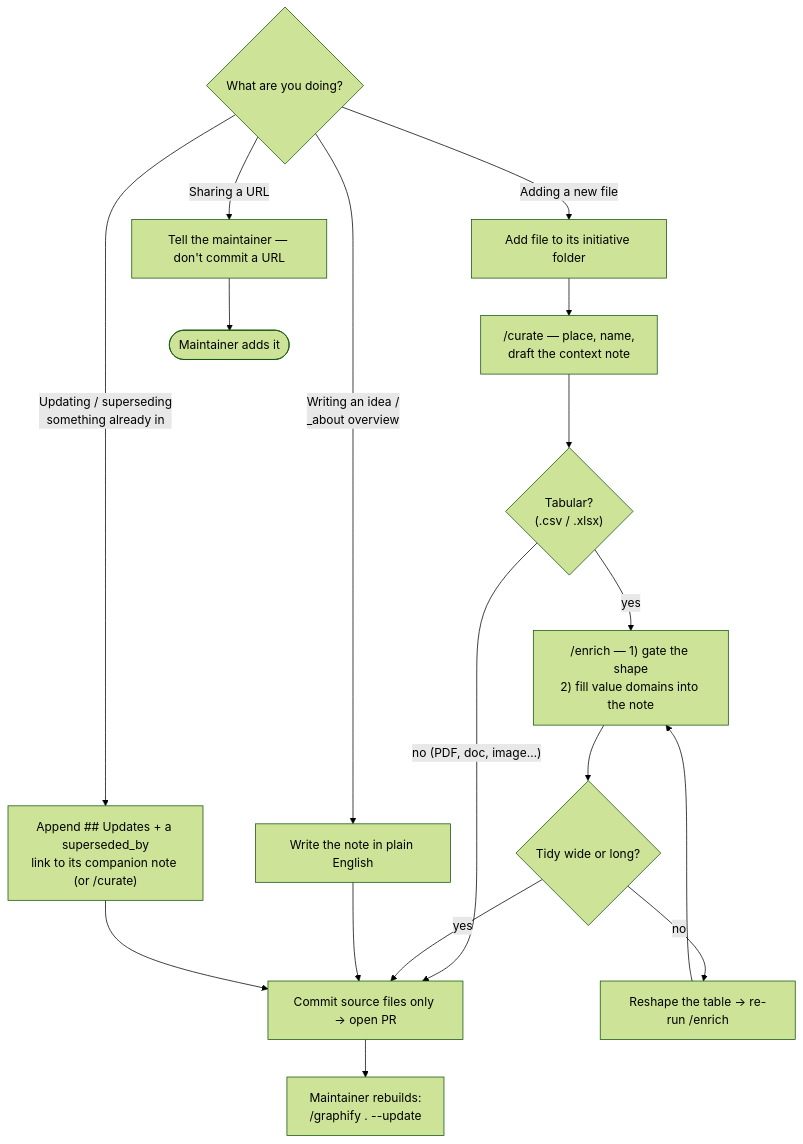
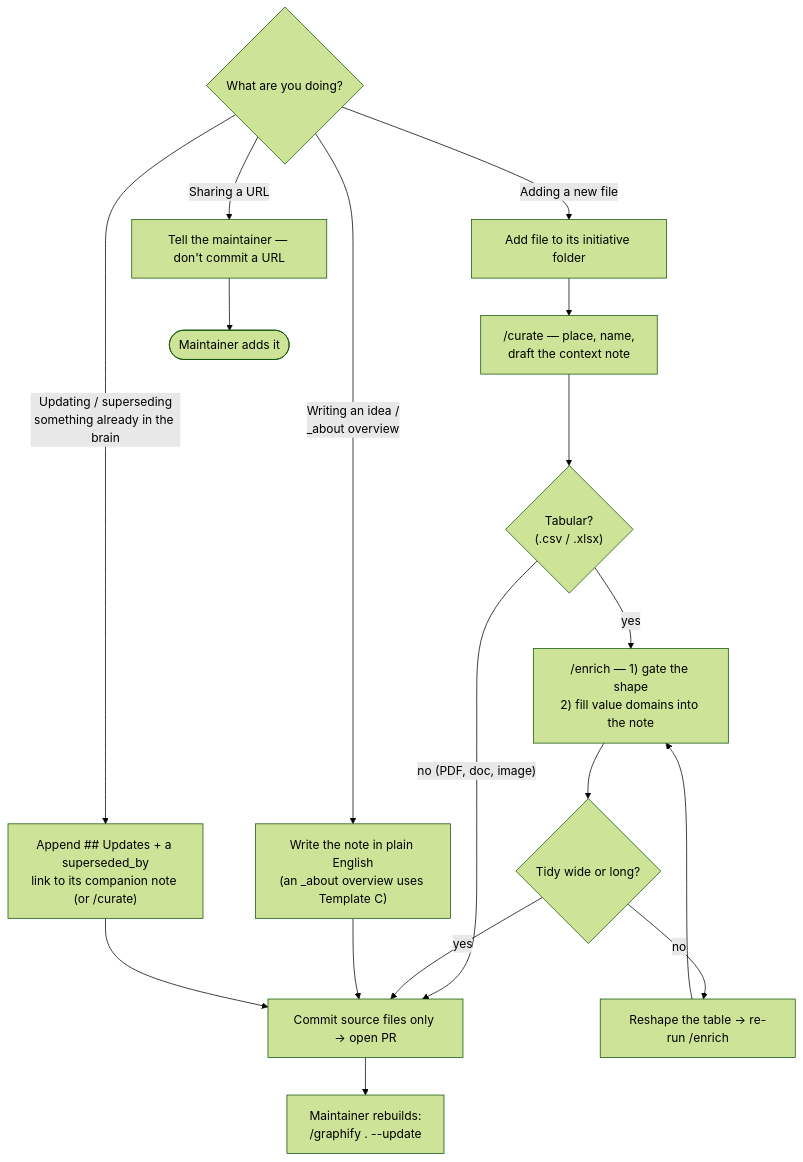
Before and after one commit to WorldFishCenter/WDB: the diagram in README.md, drawn with Mermaid (forest theme). The commit also changed other lines of this file and 18 other files, not shown here.

````diff
--- a/README.md
+++ b/README.md
@@ -49,21 +49,21 @@
 ```mermaid
 flowchart TD
   S{"What are you doing?"}
   S -- "Adding a new file" --> A[Add file to its initiative folder]
-  S -- "Writing an idea /<br/>_about overview" --> N[Write the note in plain English]
+  S -- "Writing an idea /<br/>_about overview" --> N["Write the note in plain English<br/>(an _about overview uses Template C)"]
   S -- "Sharing a URL" --> L["Tell the maintainer — don't commit a URL"]
-  S -- "Updating / superseding<br/>something already in" --> U["Append ## Updates + a superseded_by<br/>link to its companion note (or /curate)"]
+  S -- "Updating / superseding<br/>something already in the brain" --> U["Append ## Updates + a superseded_by<br/>link to its companion note (or /curate)"]
 
   A --> B["/curate — place, name,<br/>draft the context note"]
   B --> C{"Tabular?<br/>(.csv / .xlsx)"}
-  C -- "no (PDF, doc, image…)" --> G[Commit source files only → open PR]
+  C -- "no (PDF, doc, image)" --> G[Commit source files only → open PR]
   C -- "yes" --> D["/enrich — 1) gate the shape<br/>2) fill value domains into the note"]
   D --> E{Tidy wide or long?}
   E -- "no" --> F[Reshape the table → re-run /enrich]
   F --> D
   E -- "yes" --> G
   N --> G
   U --> G
   L --> Z([Maintainer adds it])
   G --> H["Maintainer rebuilds:<br/>/graphify . --update"]
 ```
````
